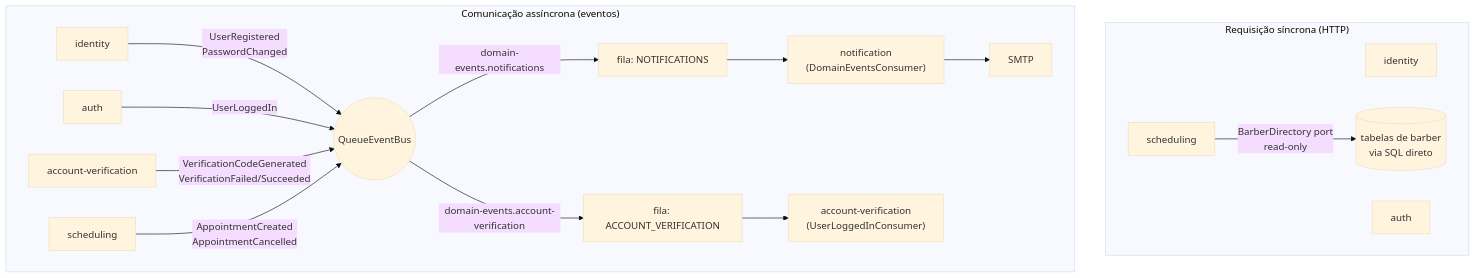
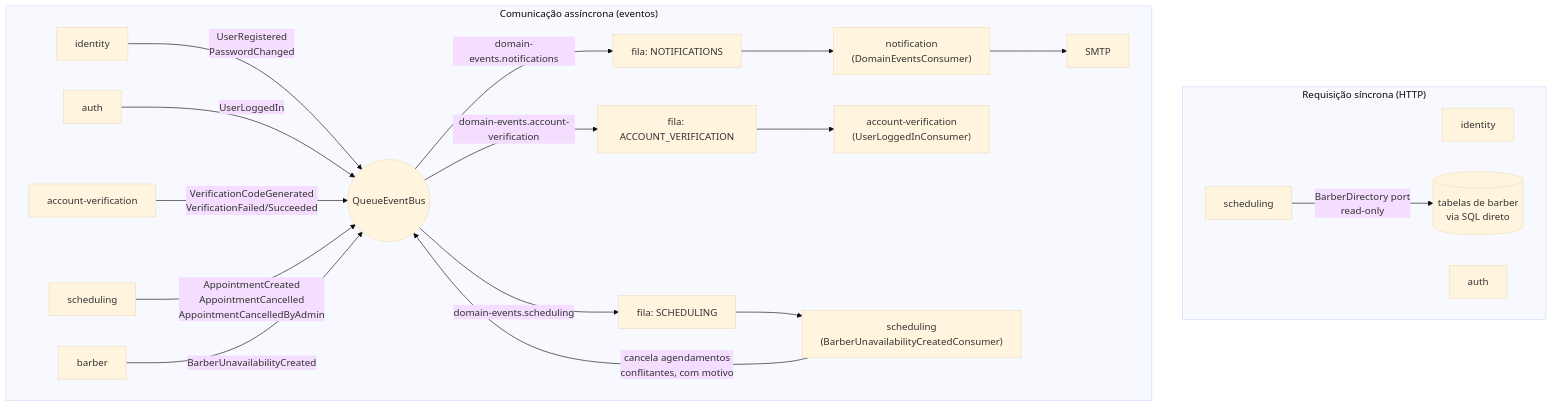
One commit to PabloFerrari027/ClickBeard_Pablo_Ferrari_Backend changed the fourth of 8 diagrams in README.md. Above: the diagram before and after it, drawn with Mermaid (base theme). The commit also changed other lines of this file, not shown here.

First line of the commit message:
docs: describe the admin appointment cancellation and barber unavailability designs

````diff
--- a/README.md
+++ b/README.md
@@ -478,23 +483,27 @@
 ```mermaid
 graph TB
     subgraph "Requisição síncrona (HTTP)"
         Identity2["identity"]
         Auth2["auth"]
         Scheduling2["scheduling"] -->|BarberDirectory port<br/>read-only| BarberTables[("tabelas de barber<br/>via SQL direto")]
     end
 
     subgraph "Comunicação assíncrona (eventos)"
         Identity["identity"] -->|UserRegistered<br/>PasswordChanged| Bus((QueueEventBus))
         Auth["auth"] -->|UserLoggedIn| Bus
         AccountVerification["account-verification"] -->|VerificationCodeGenerated<br/>VerificationFailed/Succeeded| Bus
-        Scheduling["scheduling"] -->|AppointmentCreated<br/>AppointmentCancelled| Bus
+        Scheduling["scheduling"] -->|AppointmentCreated<br/>AppointmentCancelled<br/>AppointmentCancelledByAdmin| Bus
+        BarberMod["barber"] -->|BarberUnavailabilityCreated| Bus
 
         Bus -->|domain-events.notifications| NotifChannel["fila: NOTIFICATIONS"]
         Bus -->|domain-events.account-verification| AVChannel["fila: ACCOUNT_VERIFICATION"]
+        Bus -->|domain-events.scheduling| SchedChannel["fila: SCHEDULING"]
 
         NotifChannel --> Notification["notification<br/>(DomainEventsConsumer)"]
         AVChannel --> AccountVerificationConsumer["account-verification<br/>(UserLoggedInConsumer)"]
+        SchedChannel --> SchedulingConsumer["scheduling<br/>(BarberUnavailabilityCreatedConsumer)"]
 
         Notification --> SMTP["SMTP"]
+        SchedulingConsumer -->|cancela agendamentos<br/>conflitantes, com motivo| Bus
     end
 ```
````
